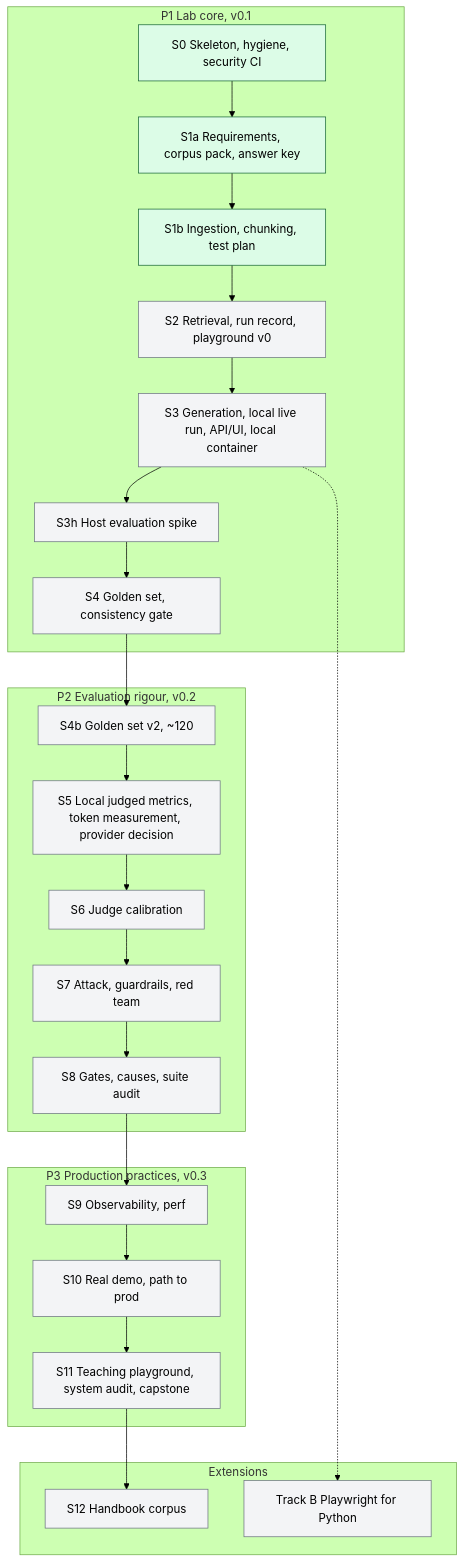
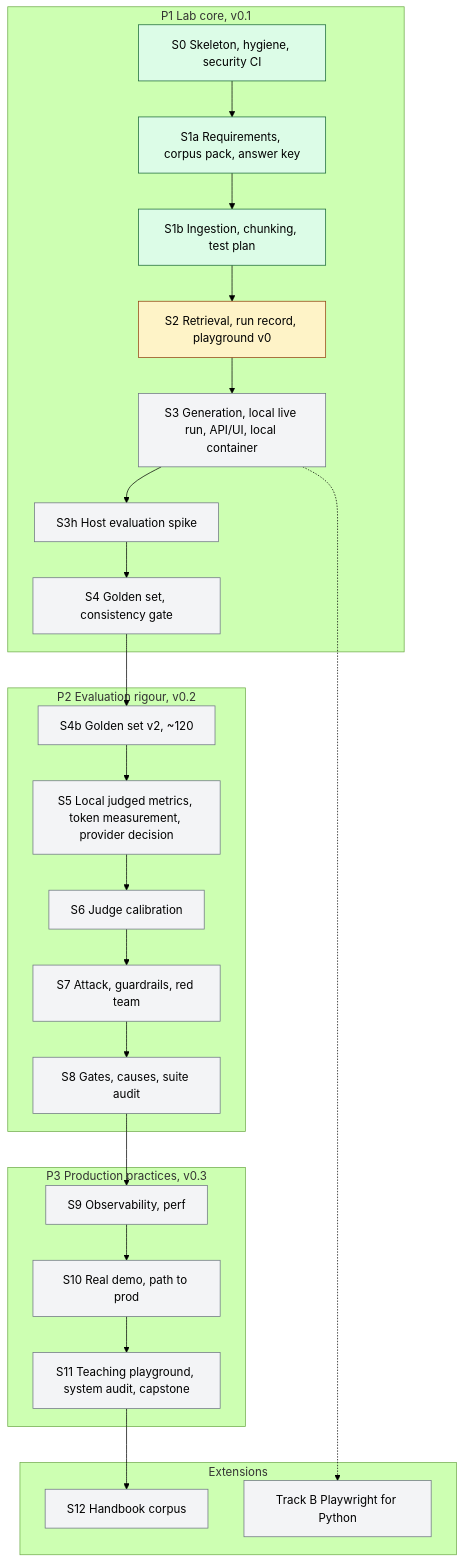
One commit to willcoliveira/ai-testing-rag-lab changed the diagram in README.md. Above: the diagram before and after it, drawn with Mermaid (forest theme). The commit also changed 2 other files, not shown here.

Commit message:
docs(s2): add the approved S2 plan and mark the stage in progress

````diff
--- a/README.md
+++ b/README.md
@@ -21,25 +21,26 @@
 ```mermaid
 flowchart TB
   subgraph P1[P1 Lab core, v0.1]
     S0[S0 Skeleton, hygiene, security CI] --> S1a[S1a Requirements, corpus pack, answer key] --> S1b[S1b Ingestion, chunking, test plan] --> S2[S2 Retrieval, run record, playground v0] --> S3[S3 Generation, local live run, API/UI, local container] --> S3h[S3h Host evaluation spike] --> S4[S4 Golden set, consistency gate]
   end
   subgraph P2[P2 Evaluation rigour, v0.2]
     S4b[S4b Golden set v2, ~120] --> S5[S5 Local judged metrics, token measurement, provider decision] --> S6[S6 Judge calibration] --> S7[S7 Attack, guardrails, red team] --> S8[S8 Gates, causes, suite audit]
   end
   subgraph P3[P3 Production practices, v0.3]
     S9[S9 Observability, perf] --> S10[S10 Real demo, path to prod] --> S11[S11 Teaching playground, system audit, capstone]
   end
   subgraph EXT[Extensions]
     S12[S12 Handbook corpus]
     B[Track B Playwright for Python]
   end
   S4 --> S4b
   S8 --> S9
   S11 --> S12
   S3 -.-> B
   classDef todo fill:#f3f4f6,stroke:#6b7280
   classDef wip fill:#fef3c7,stroke:#92400e
   classDef done fill:#dcfce7,stroke:#166534
   class S0,S1a,S1b done
-  class S2,S3,S3h,S4,S4b,S5,S6,S7,S8,S9,S10,S11,S12,B todo
+  class S2 wip
+  class S3,S3h,S4,S4b,S5,S6,S7,S8,S9,S10,S11,S12,B todo
 ```
````
